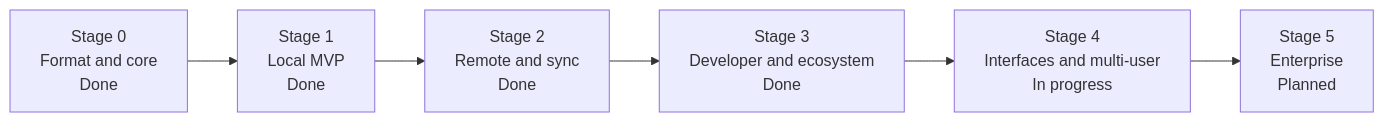
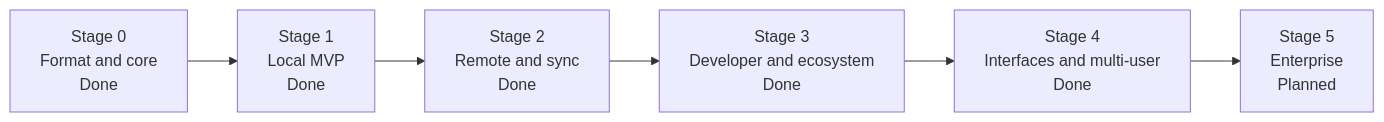
One commit to efe-clk/apeiron changed the diagram in docs/ROADMAP.md. Above: the diagram before and after it, drawn with Mermaid. The commit also changed other lines of this file and 34 other files, not shown here.

````diff
--- a/docs/ROADMAP.md
+++ b/docs/ROADMAP.md
@@ -11,10 +11,10 @@
 ```mermaid
 flowchart LR
     S0["Stage 0<br/>Format and core<br/>Done"]
     S1["Stage 1<br/>Local MVP<br/>Done"]
     S2["Stage 2<br/>Remote and sync<br/>Done"]
     S3["Stage 3<br/>Developer and ecosystem<br/>Done"]
-    S4["Stage 4<br/>Interfaces and multi-user<br/>In progress"]
+    S4["Stage 4<br/>Interfaces and multi-user<br/>Done"]
     S5["Stage 5<br/>Enterprise<br/>Planned"]
     S0 --> S1 --> S2 --> S3 --> S4 --> S5
 ```
````
